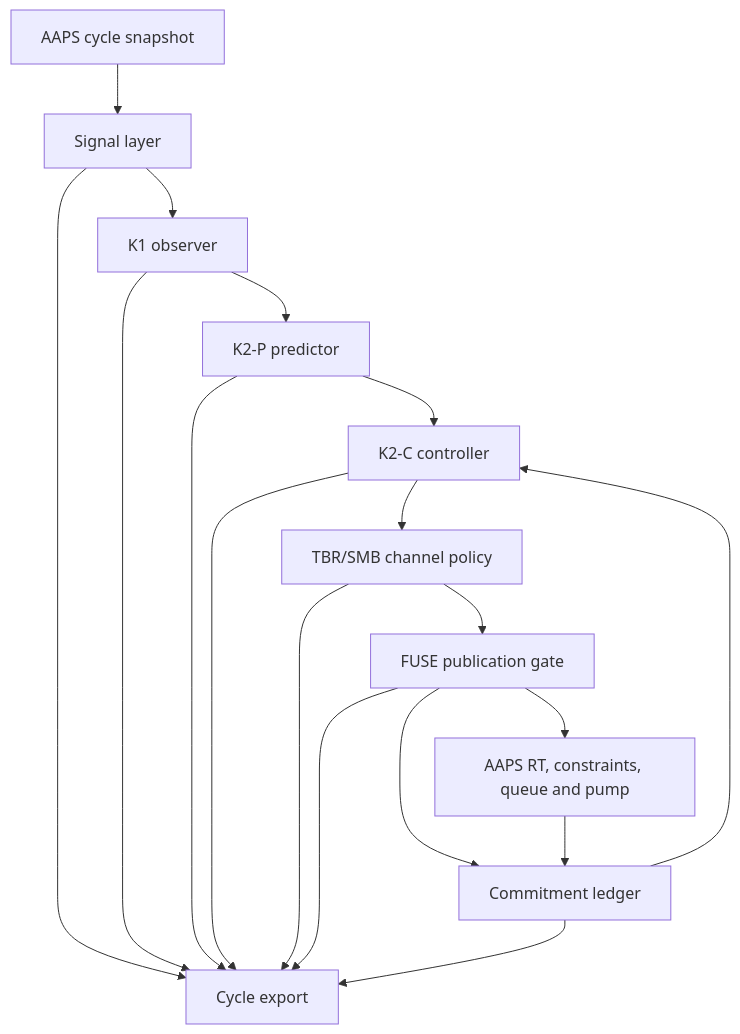
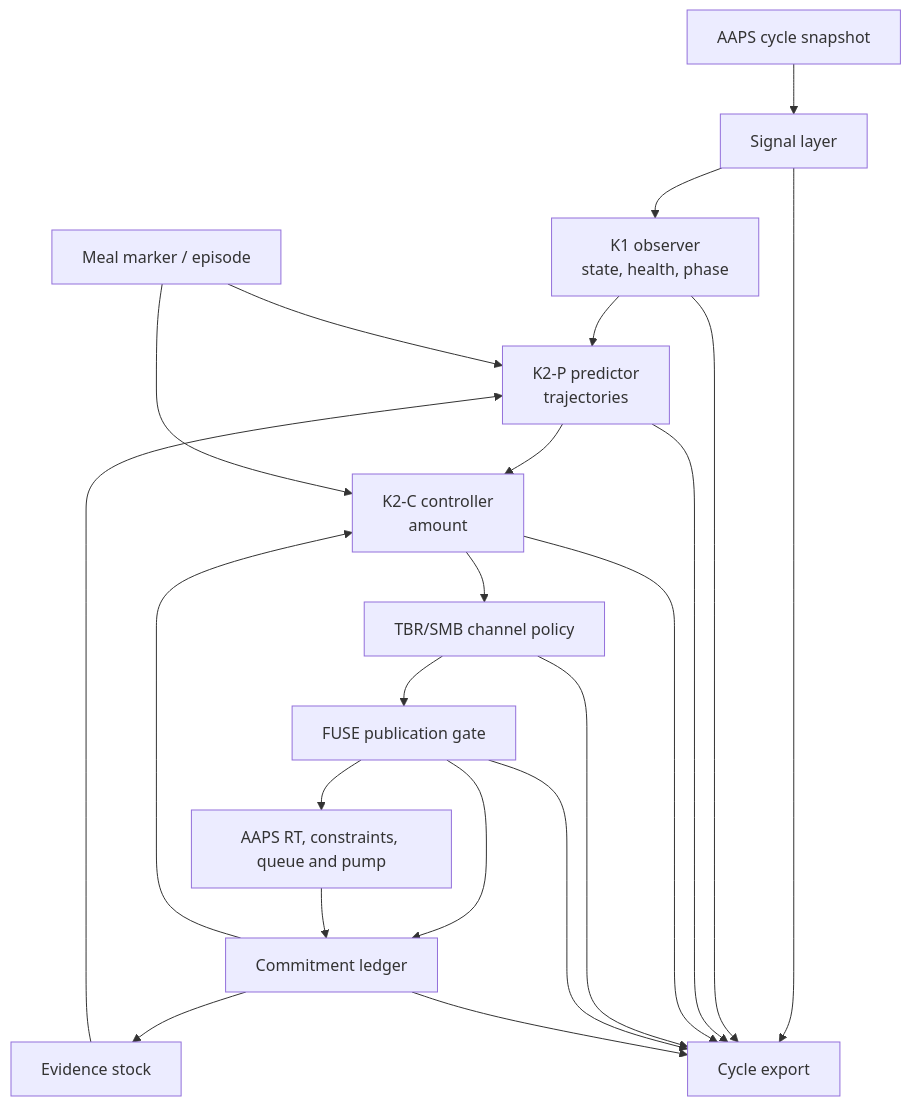
One commit to toniuhlemann/AndroidAPS changed the diagram in FUSE_ARCHITECTURE.md. Above: the diagram before and after it, drawn with Mermaid. The commit also changed other lines of this file, not shown here.

````diff
--- a/FUSE_ARCHITECTURE.md
+++ b/FUSE_ARCHITECTURE.md
@@ -35,20 +69,24 @@
 ```mermaid
 flowchart TD
     S0["AAPS cycle snapshot"] --> S1["Signal layer"]
-    S1 --> S2["K1 observer"]
-    S2 --> S3["K2-P predictor"]
-    S3 --> S4["K2-C controller"]
+    S1 --> S2["K1 observer<br/>state, health, phase"]
+    S2 --> S3["K2-P predictor<br/>trajectories"]
+    S3 --> S4["K2-C controller<br/>amount"]
     S4 --> S5["TBR/SMB channel policy"]
     S5 --> S6["FUSE publication gate"]
     S6 --> S7["AAPS RT, constraints, queue and pump"]
     S6 --> L["Commitment ledger"]
     S7 --> L
     L --> S4
+    M["Meal marker / episode"] --> S3
+    M --> S4
+    L --> EV["Evidence stock"]
+    EV --> S3
     S1 --> E["Cycle export"]
     S2 --> E
     S3 --> E
     S4 --> E
     S5 --> E
     S6 --> E
     L --> E
 ```
````
